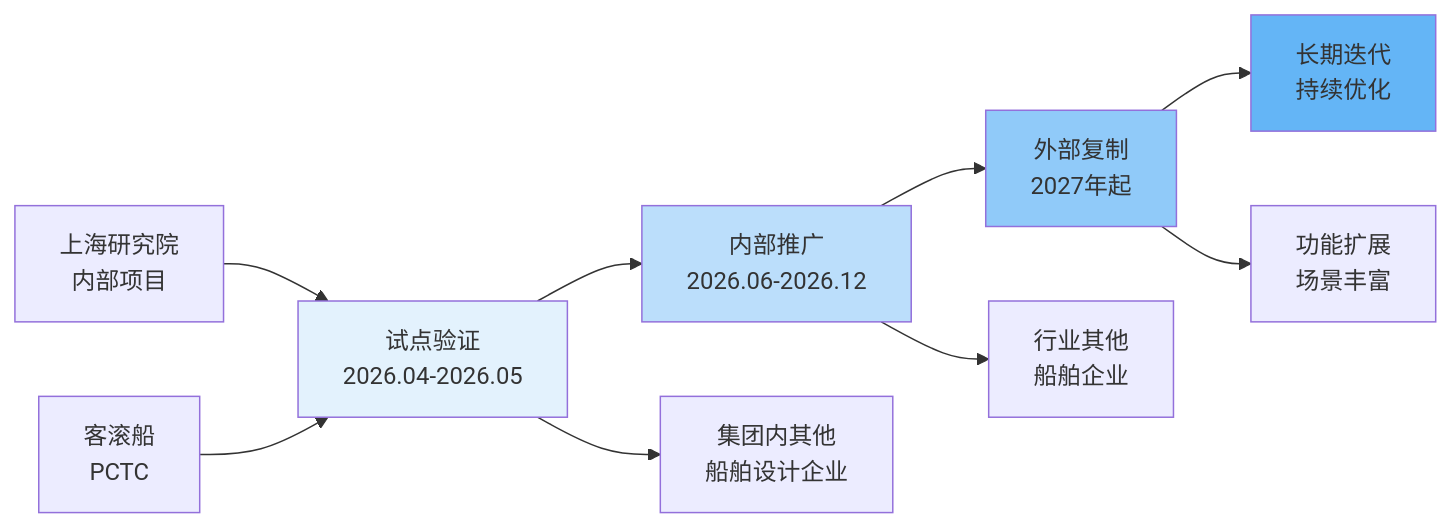
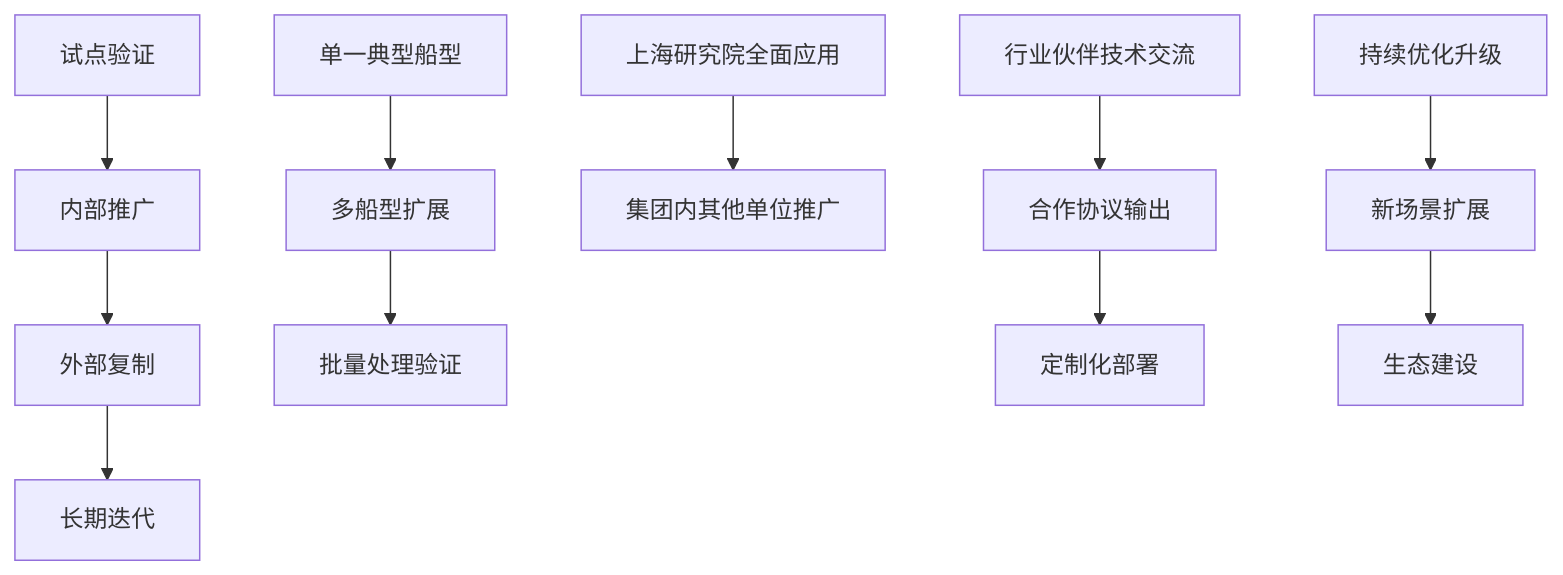
One commit to ffgzz/official-doc-skills changed the first of 2 diagrams in generated-drafts/zs-test/ch04-项目建设方案/06-应用推广方案.md. Above: the diagram before and after it, drawn with Mermaid. The commit also changed other lines of this file and 53 other files, not shown here.

````diff
--- a/generated-drafts/zs-test/ch04-项目建设方案/06-应用推广方案.md
+++ b/generated-drafts/zs-test/ch04-项目建设方案/06-应用推广方案.md
@@ -9,17 +15,17 @@
 ```mermaid
-graph LR
-    A[试点验证<br/>2026.04-2026.05] --> B[内部推广<br/>2026.06-2026.12]
-    B --> C[外部复制<br/>2027年起]
-    C --> D[长期迭代<br/>持续优化]
+flowchart TB
+    A[试点验证] --> B[内部推广]
+    B --> C[外部复制]
+    C --> D[长期迭代]
     
-    A1[上海研究院<br/>内部项目] --> A
-    A2[客滚船<br/>PCTC] --> A
-    A --> B1[集团内其他<br/>船舶设计企业]
-    B --> C1[行业其他<br/>船舶企业]
-    C --> D1[功能扩展<br/>场景丰富]
+    A1[单一典型船型] --> A2[多船型扩展]
+    A2 --> A3[批量处理验证]
     
-    style A fill:#e3f2fd
-    style B fill:#bbdefb
-    style C fill:#90caf9
-    style D fill:#64b5f6
+    B1[上海研究院全面应用] --> B2[集团内其他单位推广]
+    
+    C1[行业伙伴技术交流] --> C2[合作协议输出]
+    C2 --> C3[定制化部署]
+    
+    D1[持续优化升级] --> D2[新场景扩展]
+    D2 --> D3[生态建设]
 ```
````
